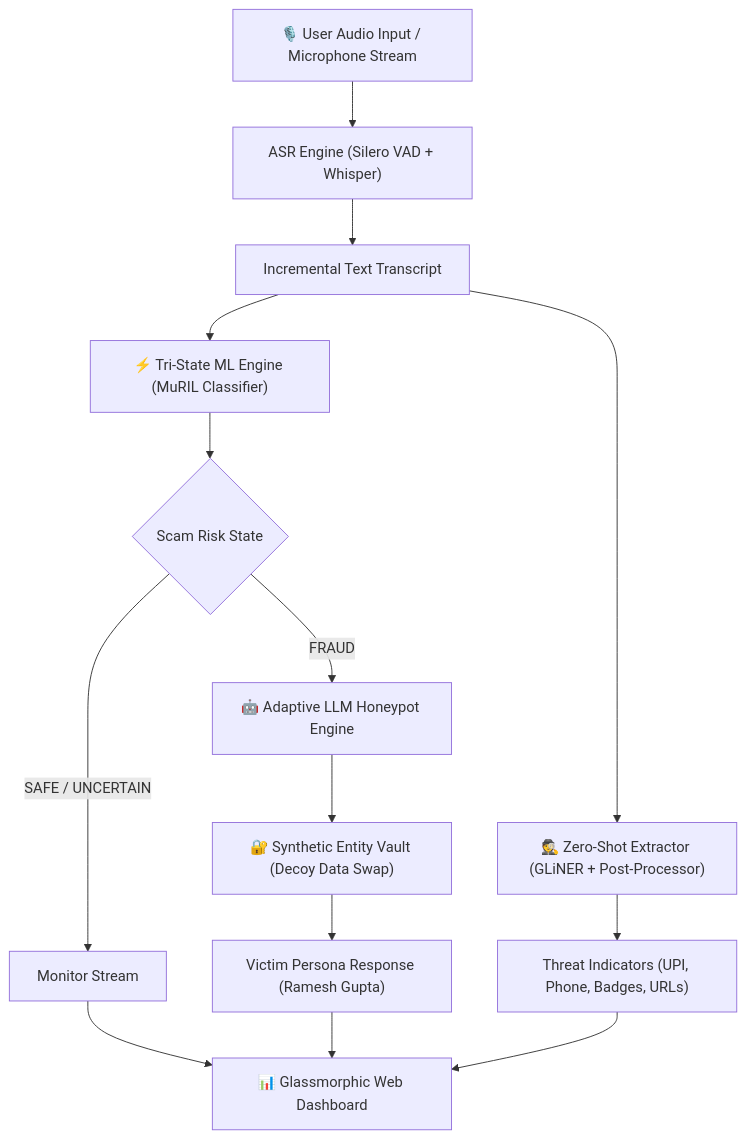
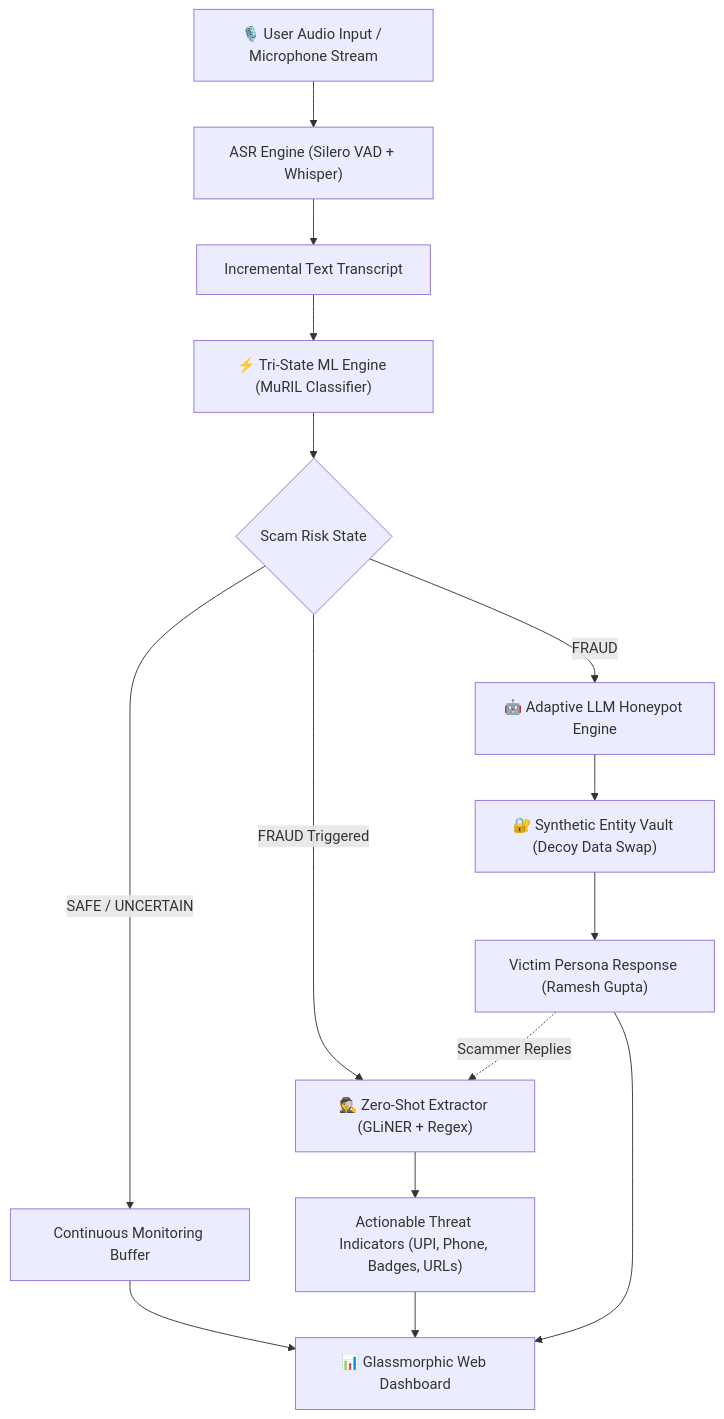
Before and after one commit to nandani08/ScamShield: the diagram in README.md, drawn with Mermaid.

Commit message:
Update flowchart in README to include new components

````diff
--- a/README.md
+++ b/README.md
@@ -26,20 +26,22 @@
 ```mermaid
 graph TD
     A["🎙️ User Audio Input / Microphone Stream"] --> B["ASR Engine (Silero VAD + Whisper)"]
     B --> C["Incremental Text Transcript"]
     C --> D["⚡ Tri-State ML Engine (MuRIL Classifier)"]
-    C --> E["🕵️ Zero-Shot Extractor (GLiNER + Post-Processor)"]
     
     D --> F{"Scam Risk State"}
-    F -->|"SAFE / UNCERTAIN"| G["Monitor Stream"]
+    F -->|"SAFE / UNCERTAIN"| G["Continuous Monitoring Buffer"]
+    
     F -->|"FRAUD"| H["🤖 Adaptive LLM Honeypot Engine"]
-    
-    E --> I["Threat Indicators (UPI, Phone, Badges, URLs)"]
+    F -->|"FRAUD Triggered"| E["🕵️ Zero-Shot Extractor (GLiNER + Regex)"]
     
     H --> J["🔐 Synthetic Entity Vault (Decoy Data Swap)"]
     J --> K["Victim Persona Response (Ramesh Gupta)"]
+    K -.->|"Scammer Replies"| E
+    
+    E --> I["Actionable Threat Indicators (UPI, Phone, Badges, URLs)"]
     
     G --> L["📊 Glassmorphic Web Dashboard"]
     I --> L
     K --> L
 ```
````
